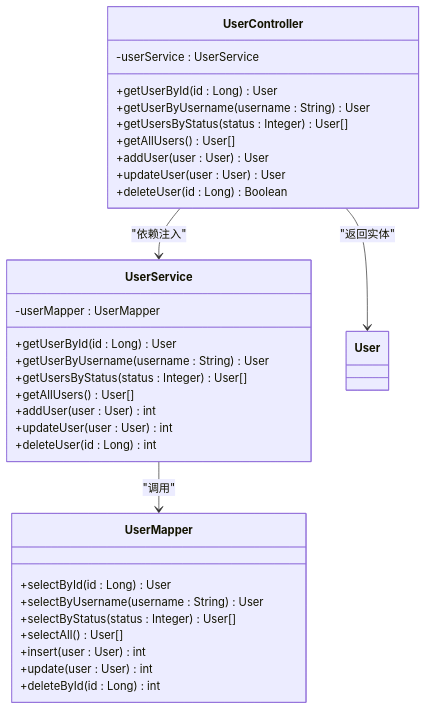
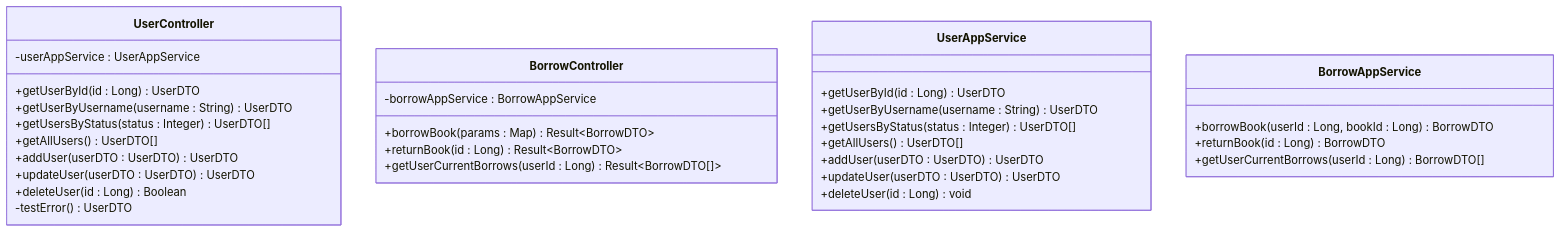
The third of 6 diagrams in .qoder/repowiki/zh/content/开发指南/开发指南.md (MessiHuangBin/Qoder), drawn with Mermaid before and after one commit. The commit also changed other lines of this file and 1 other file, not shown here.

````diff
--- a/.qoder/repowiki/zh/content/开发指南/开发指南.md
+++ b/.qoder/repowiki/zh/content/开发指南/开发指南.md
@@ -153,35 +188,34 @@
 ```mermaid
 classDiagram
 class UserController {
-+getUserById(id : Long) User
-+getUserByUsername(username : String) User
-+getUsersByStatus(status : Integer) User[]
-+getAllUsers() User[]
-+addUser(user : User) User
-+updateUser(user : User) User
++getUserById(id : Long) UserDTO
++getUserByUsername(username : String) UserDTO
++getUsersByStatus(status : Integer) UserDTO[]
++getAllUsers() UserDTO[]
++addUser(userDTO : UserDTO) UserDTO
++updateUser(userDTO : UserDTO) UserDTO
 +deleteUser(id : Long) Boolean
--userService : UserService
+-testError() UserDTO
+-userAppService : UserAppService
 }
-class UserService {
-+getUserById(id : Long) User
-+getUserByUsername(username : String) User
-+getUsersByStatus(status : Integer) User[]
-+getAllUsers() User[]
-+addUser(user : User) int
-+updateUser(user : User) int
-+deleteUser(id : Long) int
--userMapper : UserMapper
+class BorrowController {
++borrowBook(params : Map) Result~BorrowDTO~
++returnBook(id : Long) Result~BorrowDTO~
++getUserCurrentBorrows(userId : Long) Result~BorrowDTO[]~
+-borrowAppService : BorrowAppService
 }
-class UserMapper {
-+selectById(id : Long) User
-+selectByUsername(username : String) User
-+selectByStatus(status : Integer) User[]
-+selectAll() User[]
-+insert(user : User) int
-+update(user : User) int
-+deleteById(id : Long) int
+class UserAppService {
++getUserById(id : Long) UserDTO
++getUserByUsername(username : String) UserDTO
++getUsersByStatus(status : Integer) UserDTO[]
++getAllUsers() UserDTO[]
++addUser(userDTO : UserDTO) UserDTO
++updateUser(userDTO : UserDTO) UserDTO
++deleteUser(id : Long) void
 }
-UserController --> UserService : "依赖注入"
-UserService --> UserMapper : "调用"
-UserController --> User : "返回实体"
+class BorrowAppService {
++borrowBook(userId : Long, bookId : Long) BorrowDTO
++returnBook(id : Long) BorrowDTO
++getUserCurrentBorrows(userId : Long) BorrowDTO[]
+}
 ```
````
